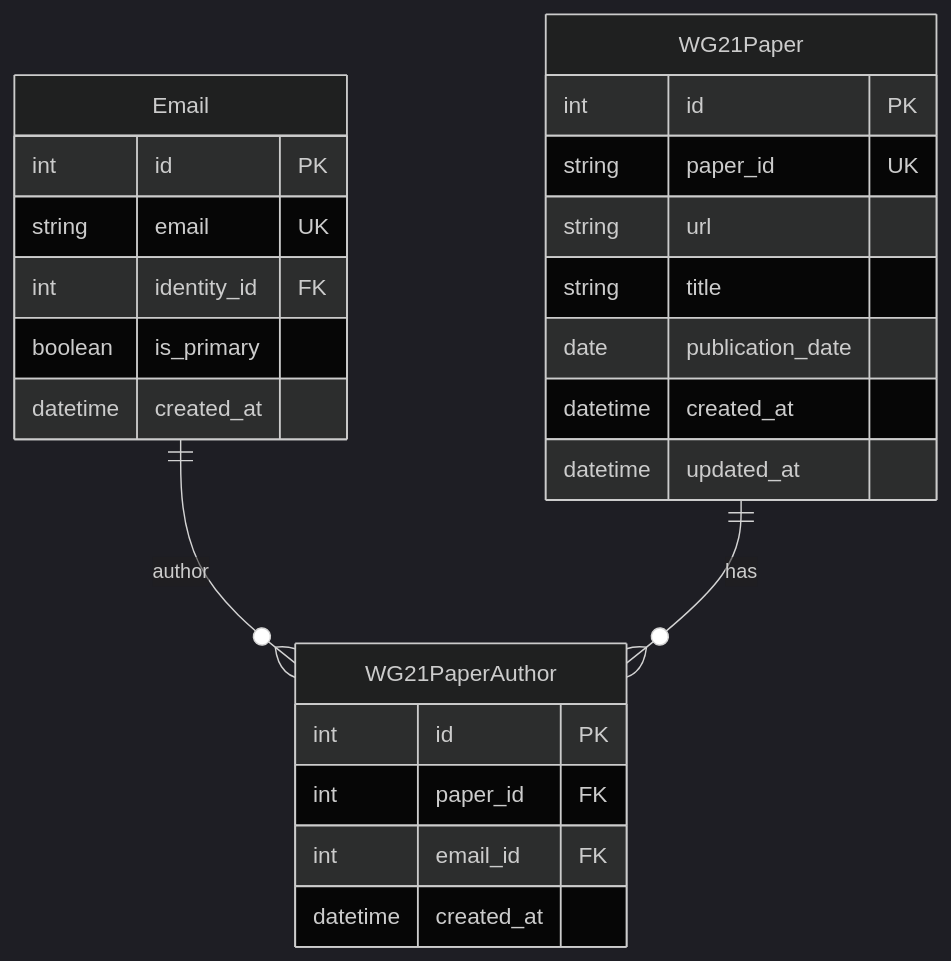
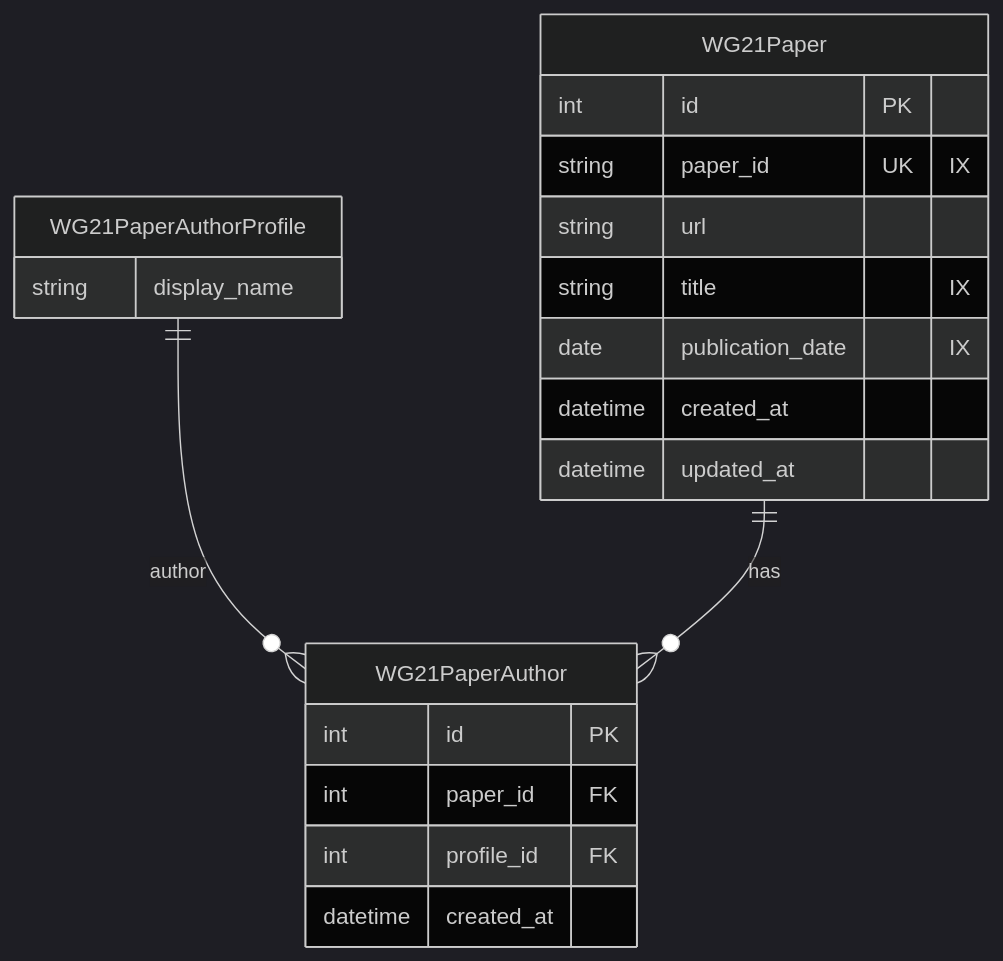
The eighth of 11 diagrams in UnifiedDashboard/GoogleCloudSQLSchema/google_cloud_sql_schema.md (CppDigest/cppa-unified-dashboard), drawn with Mermaid (dark theme) before and after one commit. The commit also changed other lines of this file, not shown here.

Commit message:
#148 - Update the schema according to review feedback

````diff
--- a/UnifiedDashboard/GoogleCloudSQLSchema/google_cloud_sql_schema.md
+++ b/UnifiedDashboard/GoogleCloudSQLSchema/google_cloud_sql_schema.md
@@ -461,32 +535,26 @@
 ```mermaid
 erDiagram
-    Email ||--o{ WG21PaperAuthor : "author"
+    WG21PaperAuthorProfile ||--o{ WG21PaperAuthor : "author"
     WG21Paper ||--o{ WG21PaperAuthor : "has"
 
-    Email {
-        int id PK
-        string email UK
-        int identity_id FK
-        boolean is_primary
-        datetime created_at
+    WG21PaperAuthorProfile {
+        string display_name
     }
 
     WG21PaperAuthor {
         int id PK
         int paper_id FK
-        int email_id FK
+        int profile_id FK
         datetime created_at
     }
 
     WG21Paper {
         int id PK
-        string paper_id UK
+        string paper_id UK "IX"
         string url
-        string title
-        date publication_date
+        string title "IX"
+        date publication_date "IX"
         datetime created_at
         datetime updated_at
     }
-
-
 ```
````
